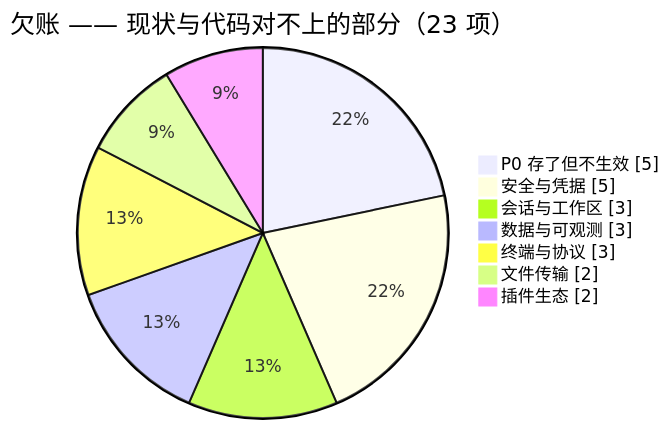
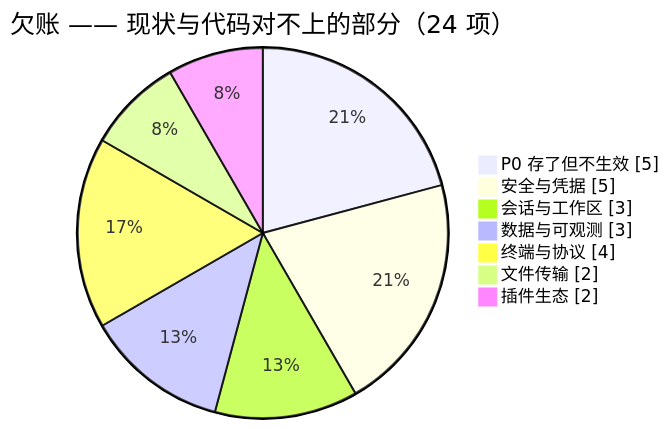
One commit to joesdu/VelaShell changed the first of 2 diagrams in feature-plan.md. Above: the diagram before and after it, drawn with Mermaid. The commit also changed other lines of this file, not shown here.

````diff
--- a/feature-plan.md
+++ b/feature-plan.md
@@ -39,11 +39,11 @@
 ```mermaid
 pie showData
-    title 欠账 —— 现状与代码对不上的部分（23 项）
+    title 欠账 —— 现状与代码对不上的部分（24 项）
     "P0 存了但不生效" : 5
     "安全与凭据" : 5
     "会话与工作区" : 3
     "数据与可观测" : 3
-    "终端与协议" : 3
+    "终端与协议" : 4
     "文件传输" : 2
     "插件生态" : 2
 ```
````
